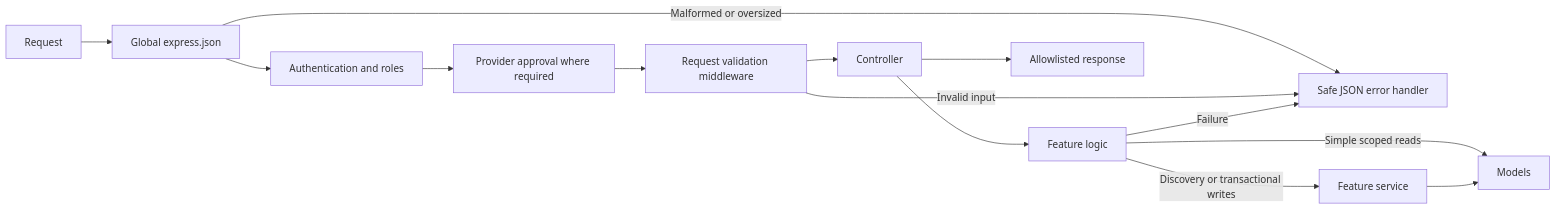
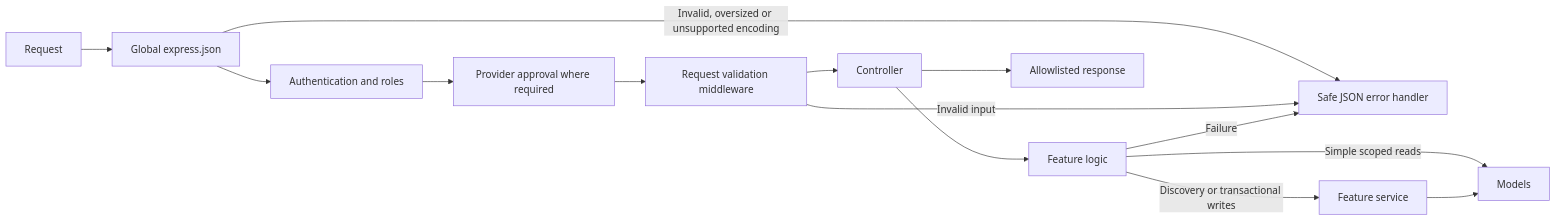
The third of 3 diagrams in docs/diagrams/api.md (kormuyang/swdevprac1-project-dobby), drawn with Mermaid before and after one commit. The commit also changed other lines of this file and 32 other files, not shown here.

````diff
--- a/docs/diagrams/api.md
+++ b/docs/diagrams/api.md
@@ -44,16 +44,16 @@
 ```mermaid
 flowchart LR
     Request --> JSON[Global express.json]
     JSON --> Auth[Authentication and roles]
-    JSON -->|Malformed or oversized| Error[Safe JSON error handler]
+    JSON -->|Invalid, oversized or unsupported encoding| Error[Safe JSON error handler]
     Auth --> Approval[Provider approval where required]
     Approval --> Validation[Request validation middleware]
     Validation --> Controller
     Controller --> Logic[Feature logic]
     Validation -->|Invalid input| Error
     Logic -->|Failure| Error
     Logic -->|Simple scoped reads| Models
     Logic -->|Discovery or transactional writes| Service[Feature service]
     Service --> Models
     Controller --> Output[Allowlisted response]
 ```
````
